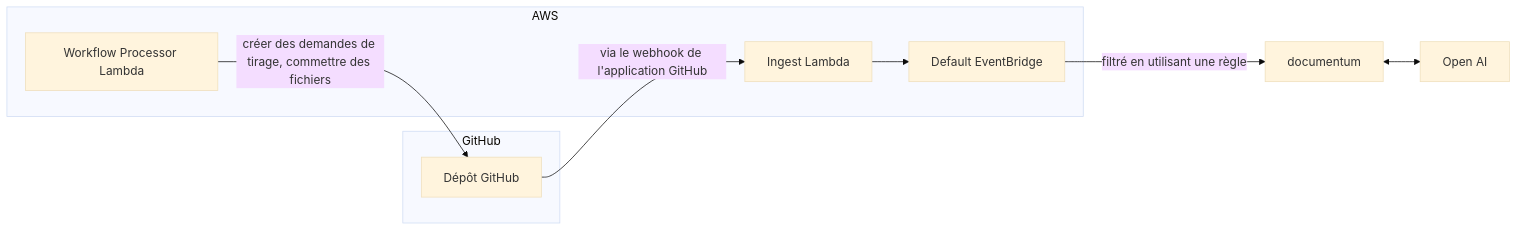
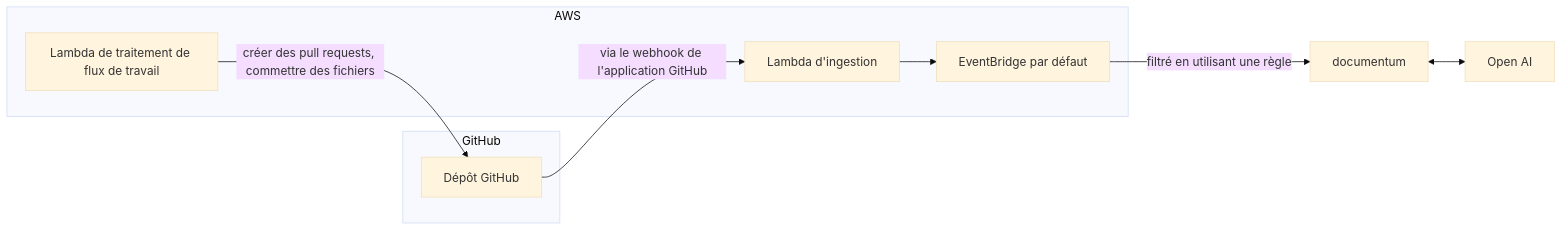
The diagram in README.fr.md (todoengineering/EvergreenDocs), drawn with Mermaid (base theme) before and after one commit. The commit also changed other lines of this file, not shown here.

````diff
--- a/README.fr.md
+++ b/README.fr.md
@@ -90,18 +88,18 @@
 ```mermaid
 graph LR
   subgraph GitHub
     githubRepo[Dépôt GitHub]
   end
 
   subgraph AWS
-    ingest[Ingest Lambda]
-    defaultEventBridge[Default EventBridge]
-    workflowProcessor[Workflow Processor Lambda]
+    ingest[Lambda d'ingestion]
+    defaultEventBridge[EventBridge par défaut]
+    workflowProcessor[Lambda de traitement de flux de travail]
   end
 
   openAi[Open AI]
 
 
   githubRepo -- via le webhook de l'application GitHub --> ingest --> defaultEventBridge -- filtré en utilisant une règle --> documentum <--> openAi
-  workflowProcessor -- créer des demandes de tirage, commettre des fichiers --> githubRepo
+  workflowProcessor -- créer des pull requests, commettre des fichiers --> githubRepo
 ```
````
